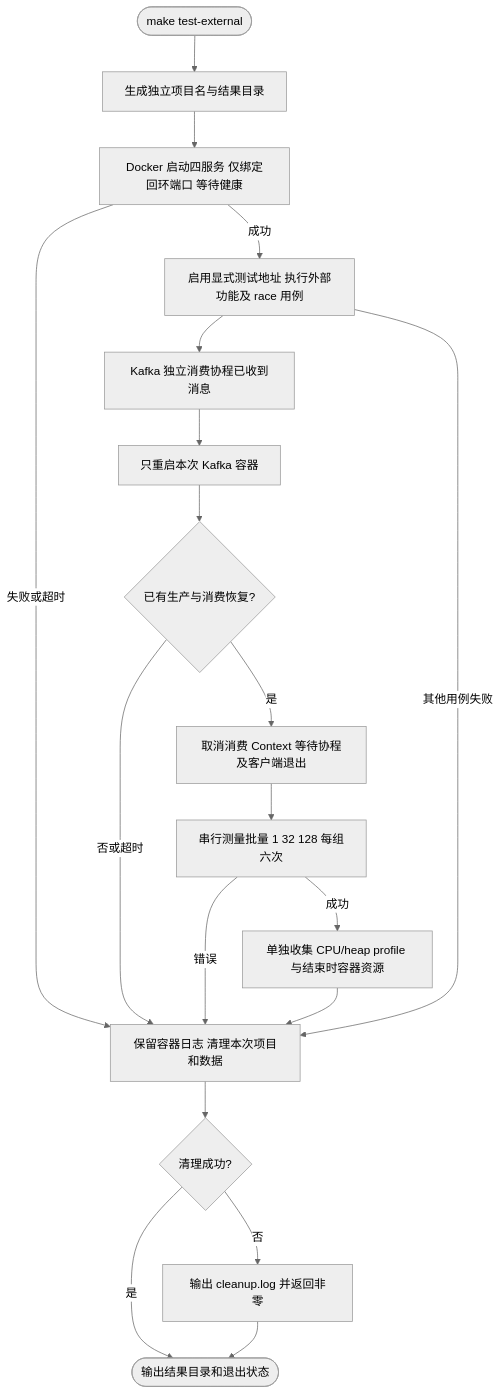
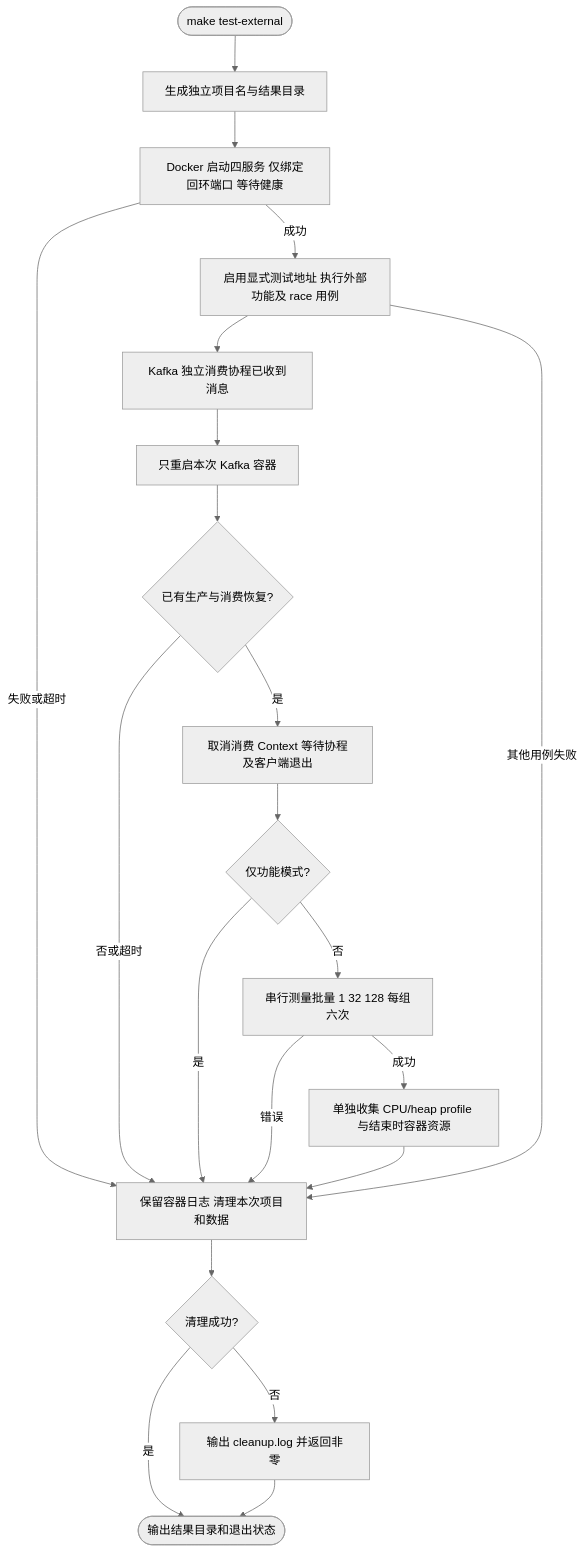
The diagram in testdata/external/README.md (jaggerzhuang1994/kratos-foundation), drawn with Mermaid (neutral theme) before and after one commit. The commit also changed other lines of this file and 229 other files, not shown here.

````diff
--- a/testdata/external/README.md
+++ b/testdata/external/README.md
@@ -24,21 +24,23 @@
 ```mermaid
 flowchart TD
     A([make test-external]) --> B[生成独立项目名与结果目录]
     B --> C[Docker 启动四服务 仅绑定回环端口 等待健康]
     C -- 失败或超时 --> Z[保留容器日志 清理本次项目和数据]
     C -- 成功 --> D[启用显式测试地址 执行外部功能及 race 用例]
     D --> E[Kafka 独立消费协程已收到消息]
     E --> F[只重启本次 Kafka 容器]
     F --> G{已有生产与消费恢复?}
     G -- 否或超时 --> Z
     G -- 是 --> H[取消消费 Context 等待协程及客户端退出]
-    H --> I[串行测量批量 1 32 128 每组六次]
+    H --> ONLY{仅功能模式?}
+    ONLY -- 是 --> Z
+    ONLY -- 否 --> I[串行测量批量 1 32 128 每组六次]
     I -- 错误 --> Z
     I -- 成功 --> J[单独收集 CPU/heap profile 与结束时容器资源]
     J --> Z
     D -- 其他用例失败 --> Z
     Z --> K{清理成功?}
     K -- 否 --> L[输出 cleanup.log 并返回非零]
     K -- 是 --> M([输出结果目录和退出状态])
     L --> M
 ```
````
